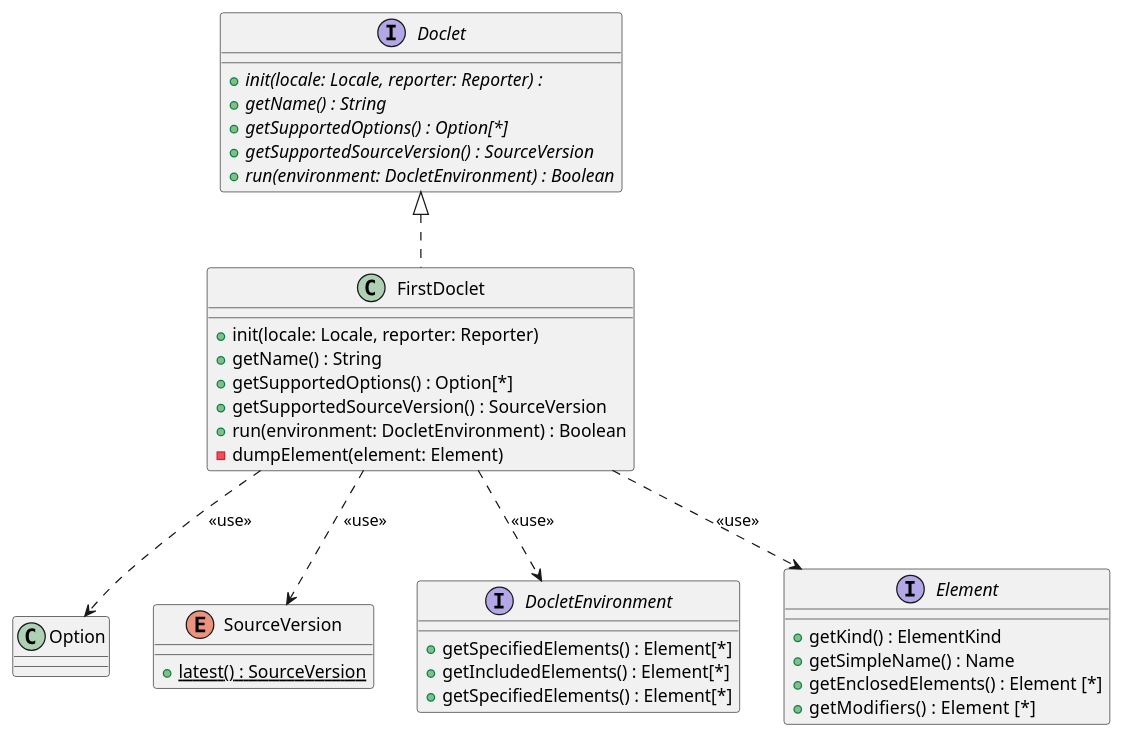
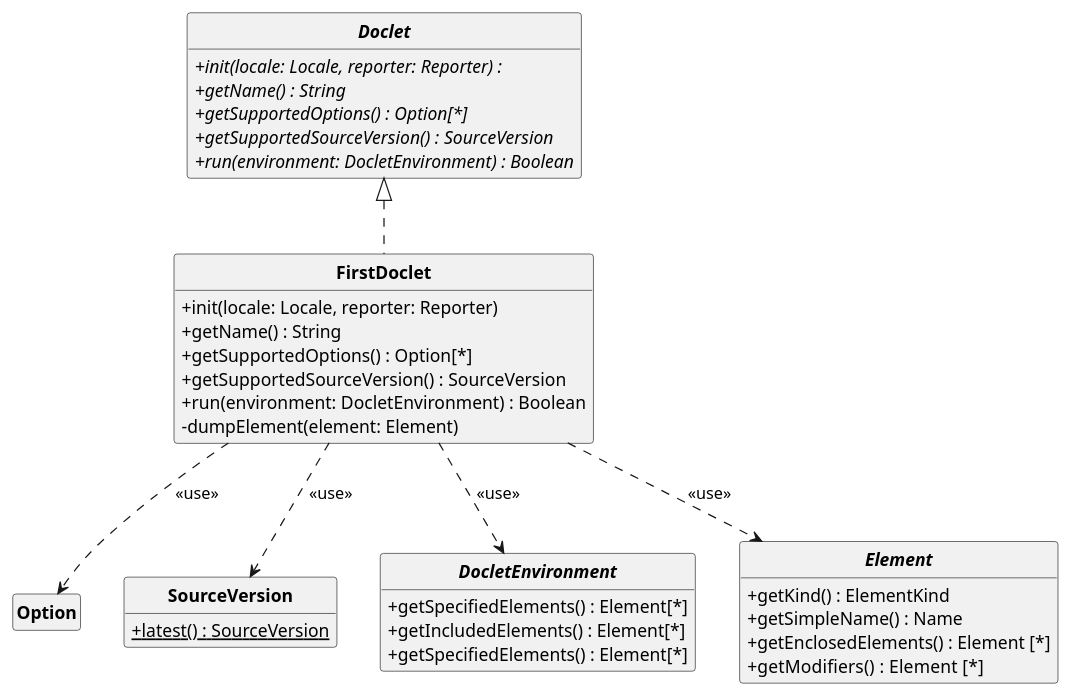
The diagram in uml/Doclet_DCC.puml (SylvainSchaefer/Java-to-PUML), drawn with PlantUML before and after one commit. The commit also changed 6 other files, not shown here.

Commit message:
Sylvain : Ajout UML et modif src

```diff
--- a/uml/Doclet_DCC.puml
+++ b/uml/Doclet_DCC.puml
@@ -1,54 +1,61 @@
 @startuml
 'https://plantuml.com/sequence-diagram
+skinparam style strictuml
+skinparam classAttributeIconSize 0
+skinparam classFontStyle Bold
+hide empty members
+
+
 
 class FirstDoclet implements Doclet
 {
     + init(locale: Locale, reporter: Reporter)
     + getName() : String
     + getSupportedOptions() : Option[*]
     + getSupportedSourceVersion() : SourceVersion
     + run(environment: DocletEnvironment) : Boolean
     - dumpElement(element: Element)
 }
 
 interface Doclet
 {
     + init(locale: Locale, reporter: Reporter) : {abstract}
         + getName() : String {abstract}
         + getSupportedOptions() : Option[*] {abstract}
         + getSupportedSourceVersion() : SourceVersion{abstract}
         + run(environment: DocletEnvironment) : Boolean{abstract}
 
 }
 
 
 
 class Option
 
 enum SourceVersion
 {
   +latest() : SourceVersion {static}
 }
 
 interface DocletEnvironment
 {
    +getSpecifiedElements() : Element[*]
    +getIncludedElements() : Element[*]
    +getSpecifiedElements() : Element[*]
 }
 
 interface Element
 {
     +getKind() : ElementKind
     +getSimpleName() : Name
     +getEnclosedElements() : Element [*]
     +getModifiers() :  Element [*]
 }
 
 FirstDoclet ..> Element : <<use>>
 FirstDoclet ..> DocletEnvironment : <<use>>
 FirstDoclet ..> SourceVersion : <<use>>
 FirstDoclet ..> Option : <<use>>
 
 
+
 @enduml
```
